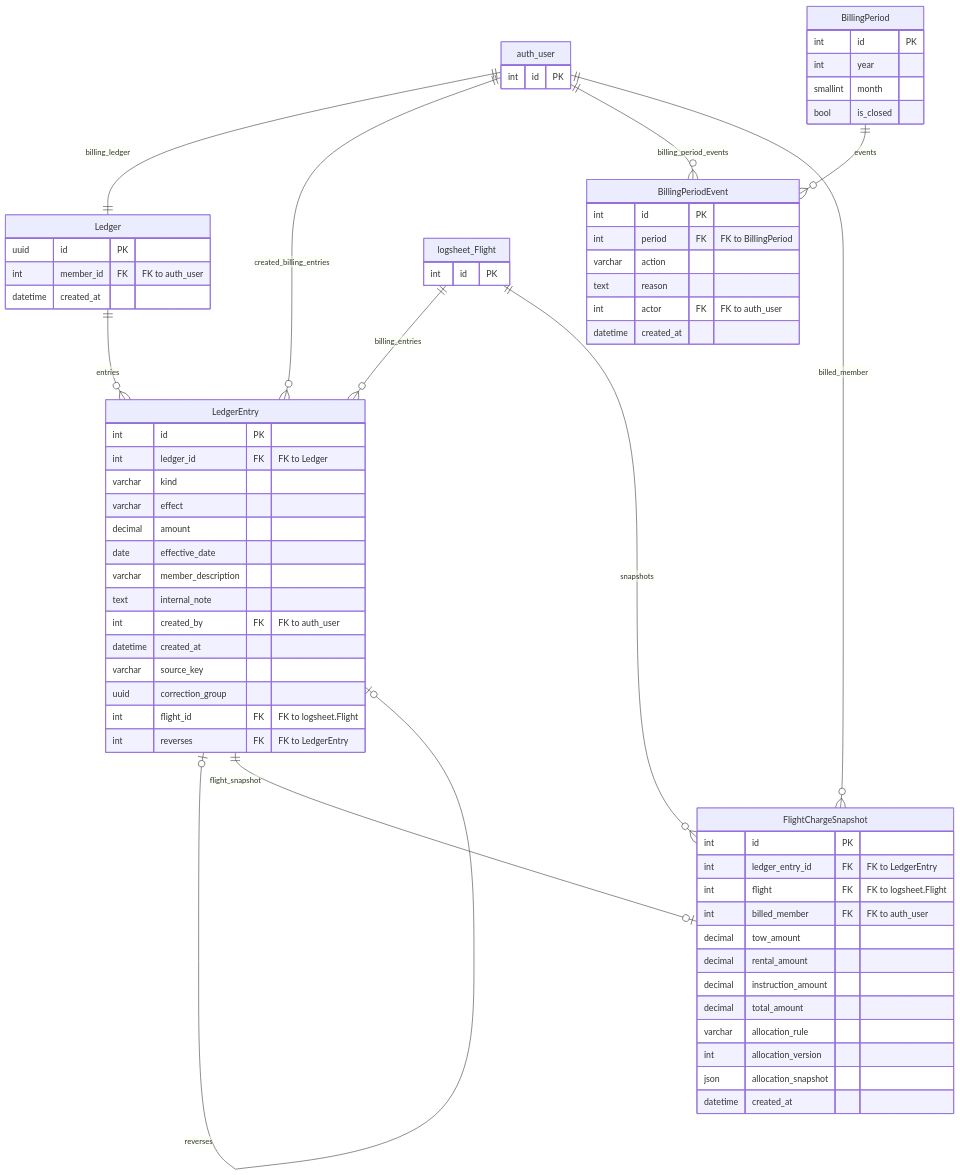
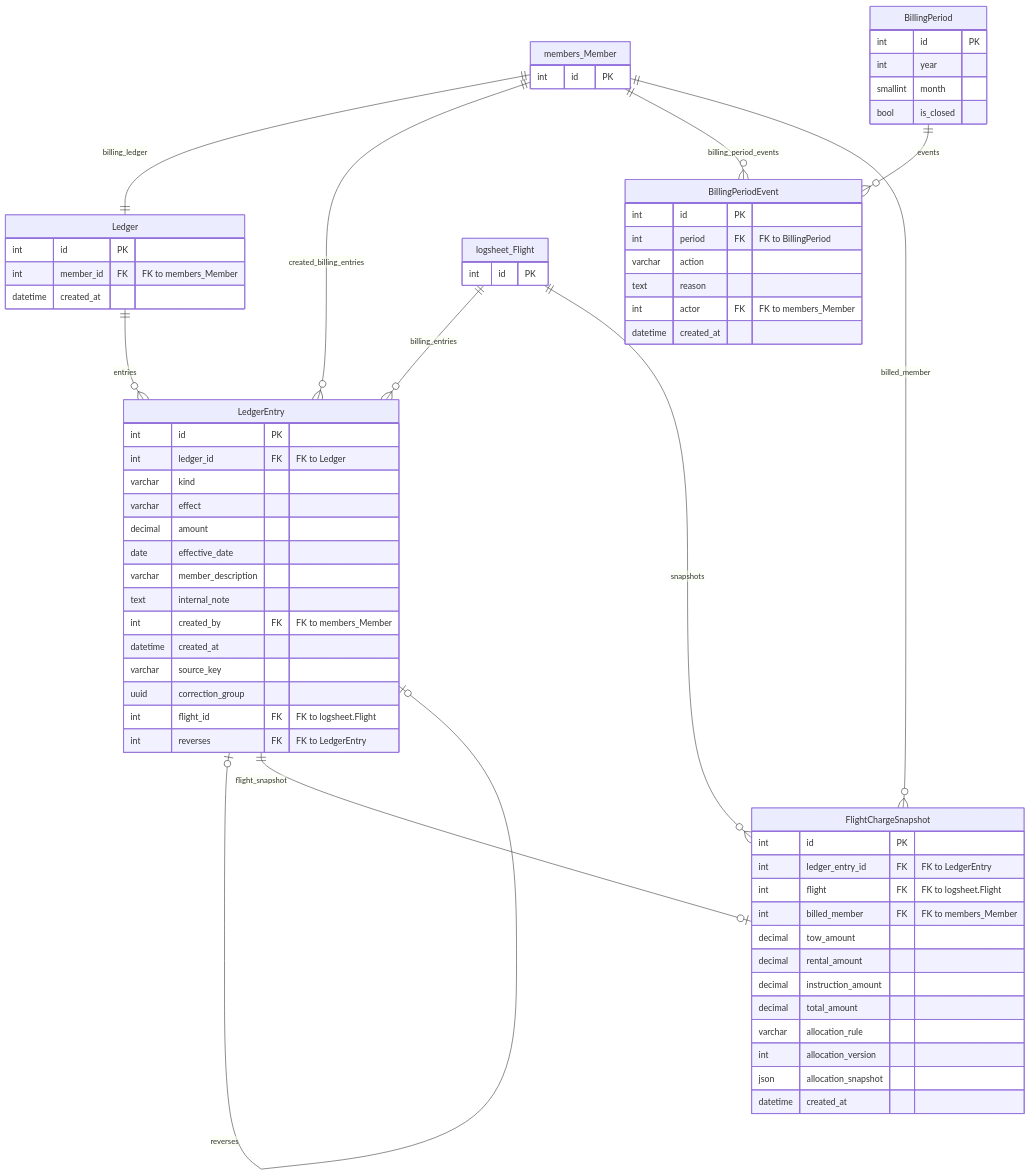
The first of 2 diagrams in billing/docs/models.md (pietbarber/Manage2Soar), drawn with Mermaid before and after one commit. The commit also changed other lines of this file and 8 other files, not shown here.

````diff
--- a/billing/docs/models.md
+++ b/billing/docs/models.md
@@ -8,75 +8,75 @@
 ```mermaid
 erDiagram
-    auth_user ||--|| Ledger : "billing_ledger"
-    auth_user ||--o{ LedgerEntry : "created_billing_entries"
-    auth_user ||--o{ BillingPeriodEvent : "billing_period_events"
-    auth_user ||--o{ FlightChargeSnapshot : "billed_member"
+    members_Member ||--|| Ledger : "billing_ledger"
+    members_Member ||--o{ LedgerEntry : "created_billing_entries"
+    members_Member ||--o{ BillingPeriodEvent : "billing_period_events"
+    members_Member ||--o{ FlightChargeSnapshot : "billed_member"
     BillingPeriod ||--o{ BillingPeriodEvent : "events"
     Ledger ||--o{ LedgerEntry : "entries"
     logsheet_Flight ||--o{ LedgerEntry : "billing_entries"
     logsheet_Flight ||--o{ FlightChargeSnapshot : "snapshots"
     LedgerEntry o|--o| LedgerEntry : "reverses"
     LedgerEntry ||--o| FlightChargeSnapshot : "flight_snapshot"
 
-    auth_user {
+    members_Member {
         int id PK
     }
 
     logsheet_Flight {
         int id PK
     }
 
     Ledger {
-        uuid id PK
-        int member_id FK "FK to auth_user"
+        int id PK
+        int member_id FK "FK to members_Member"
         datetime created_at
     }
 
     LedgerEntry {
         int id PK
         int ledger_id FK "FK to Ledger"
         varchar kind
         varchar effect
         decimal amount
         date effective_date
         varchar member_description
         text internal_note
-        int created_by FK "FK to auth_user"
+        int created_by FK "FK to members_Member"
         datetime created_at
         varchar source_key
         uuid correction_group
         int flight_id FK "FK to logsheet.Flight"
         int reverses FK "FK to LedgerEntry"
     }
 
     FlightChargeSnapshot {
         int id PK
         int ledger_entry_id FK "FK to LedgerEntry"
         int flight FK "FK to logsheet.Flight"
-        int billed_member FK "FK to auth_user"
+        int billed_member FK "FK to members_Member"
         decimal tow_amount
         decimal rental_amount
         decimal instruction_amount
         decimal total_amount
         varchar allocation_rule
         int allocation_version
         json allocation_snapshot
         datetime created_at
     }
 
     BillingPeriodEvent {
         int id PK
         int period FK "FK to BillingPeriod"
         varchar action
         text reason
-        int actor FK "FK to auth_user"
+        int actor FK "FK to members_Member"
         datetime created_at
     }
 
     BillingPeriod {
         int id PK
         int year
         smallint month
         bool is_closed
     }
 ```
````
